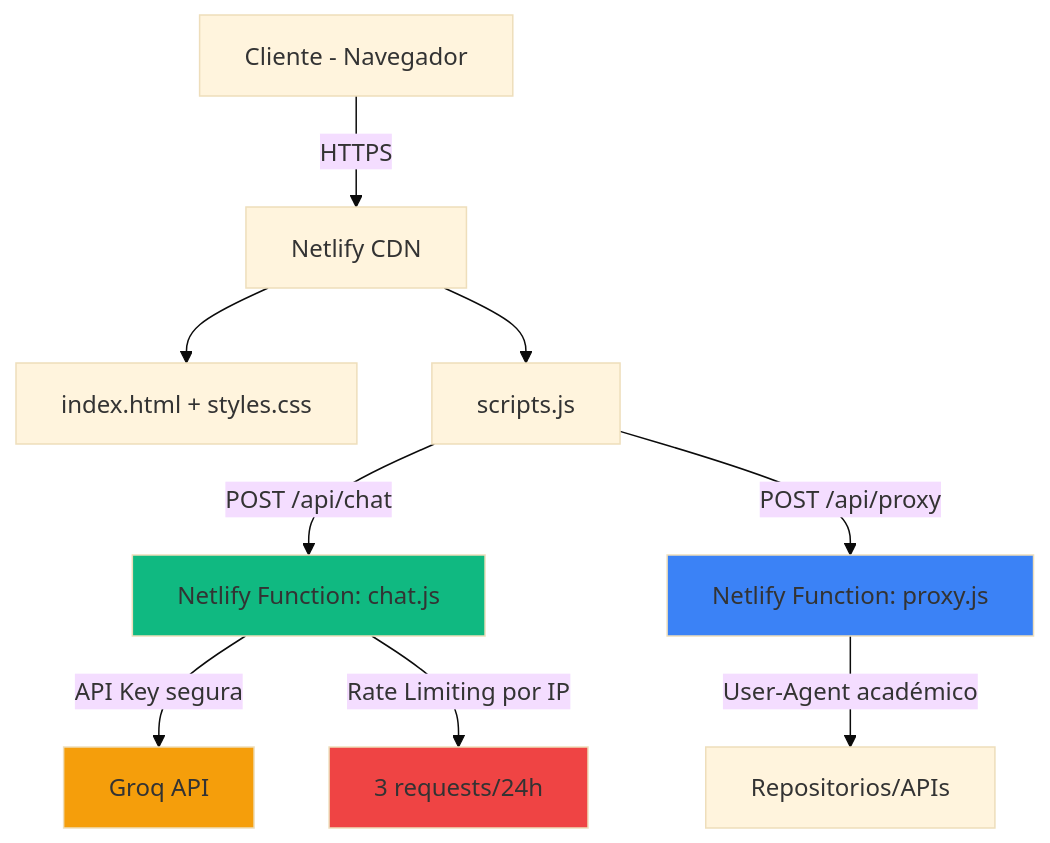
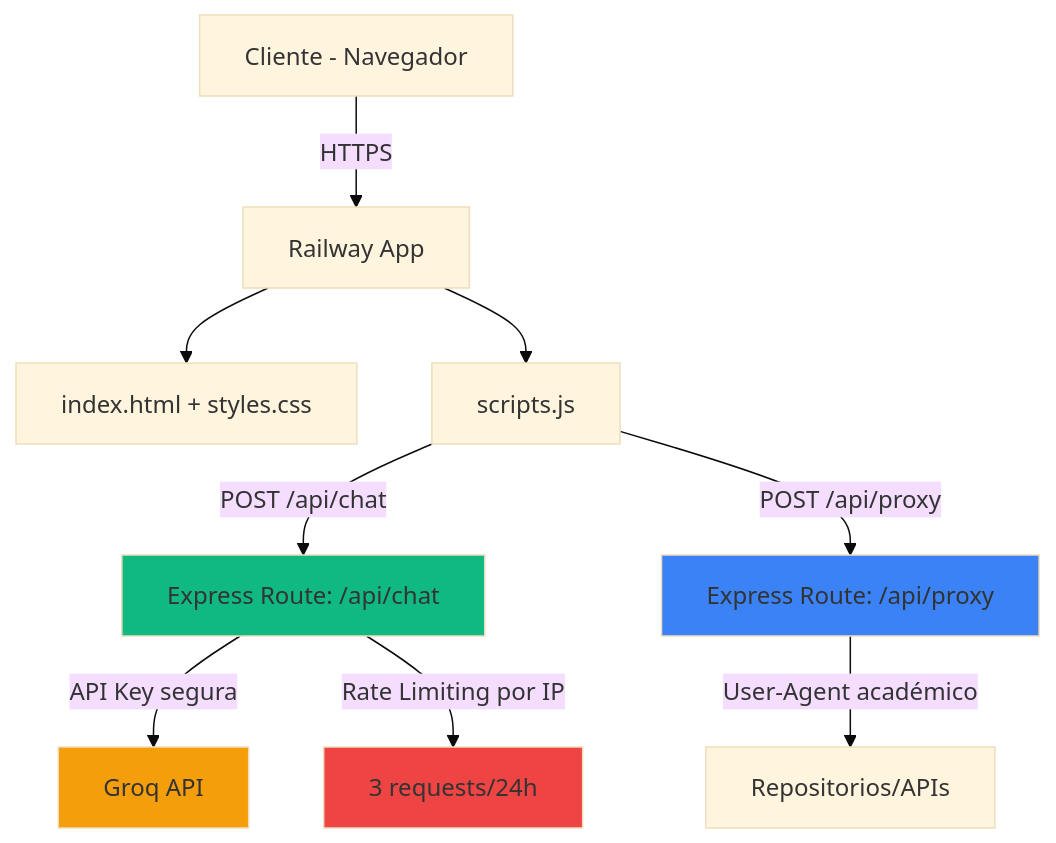
One commit to AlexGzHo/neotesis changed the diagram in README.md. Above: the diagram before and after it, drawn with Mermaid (base theme). The commit also changed other lines of this file and 5 other files, not shown here.

````diff
--- a/README.md
+++ b/README.md
@@ -22,16 +22,16 @@
 ```mermaid
 graph TB
-    A[Cliente - Navegador] -->|HTTPS| B[Netlify CDN]
+    A[Cliente - Navegador] -->|HTTPS| B[Railway App]
     B --> C[index.html + styles.css]
     B --> D[scripts.js]
-    D -->|POST /api/chat| E[Netlify Function: chat.js]
-    D -->|POST /api/proxy| F[Netlify Function: proxy.js]
+    D -->|POST /api/chat| E[Express Route: /api/chat]
+    D -->|POST /api/proxy| F[Express Route: /api/proxy]
     E -->|API Key segura| G[Groq API]
     F -->|User-Agent académico| H[Repositorios/APIs]
     E -->|Rate Limiting por IP| I[3 requests/24h]
-    
+
     style E fill:#10b981
     style F fill:#3b82f6
     style G fill:#f59e0b
     style I fill:#ef4444
 ```
````
